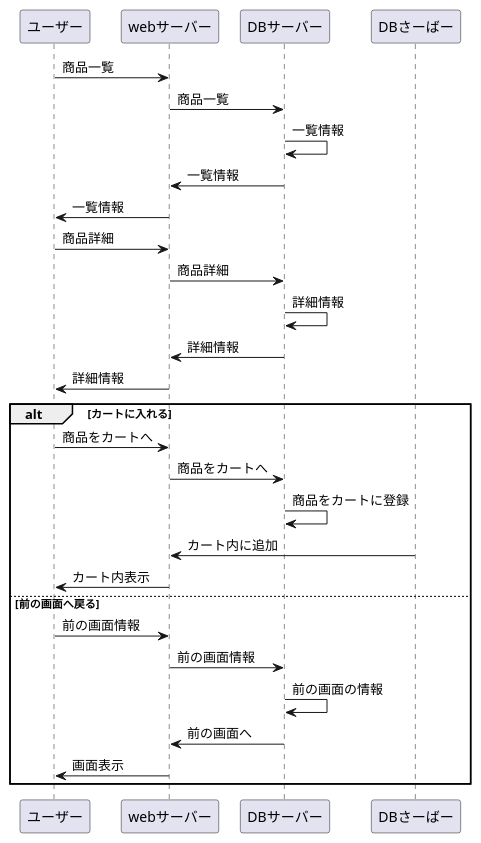
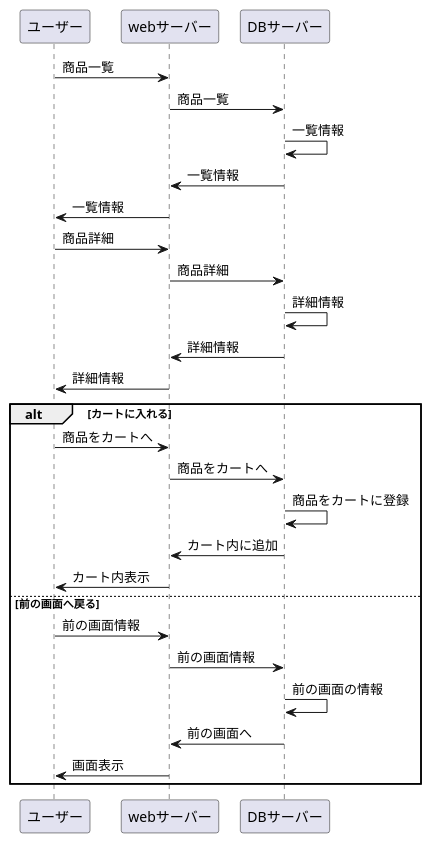
One commit to Aso2001181/2021sys-design changed the diagram in syouhinnitiran.md. Above: the diagram before and after it, drawn with PlantUML.

````diff
--- a/syouhinnitiran.md
+++ b/syouhinnitiran.md
@@ -3,27 +3,27 @@
 ```uml
 @startuml
 ユーザー -> webサーバー:商品一覧
 webサーバー -> DBサーバー:商品一覧
 DBサーバー -> DBサーバー:一覧情報
 DBサーバー -> webサーバー:一覧情報
 webサーバー -> ユーザー:一覧情報
 ユーザー -> webサーバー:商品詳細
 webサーバー -> DBサーバー:商品詳細
 DBサーバー -> DBサーバー:詳細情報
 DBサーバー -> webサーバー:詳細情報
 webサーバー -> ユーザー:詳細情報
 alt カートに入れる
 ユーザー -> webサーバー:商品をカートへ
 webサーバー -> DBサーバー:商品をカートへ
 DBサーバー -> DBサーバー:商品をカートに登録
-DBさーばー -> webサーバー:カート内に追加
+DBサーバー -> webサーバー:カート内に追加
 webサーバー -> ユーザー:カート内表示
 else 前の画面へ戻る
 ユーザー -> webサーバー:前の画面情報
 webサーバー -> DBサーバー:前の画面情報
 DBサーバー -> DBサーバー:前の画面の情報
 DBサーバー -> webサーバー:前の画面へ
 webサーバー -> ユーザー:画面表示
 end
 @enduml
 ```
````
